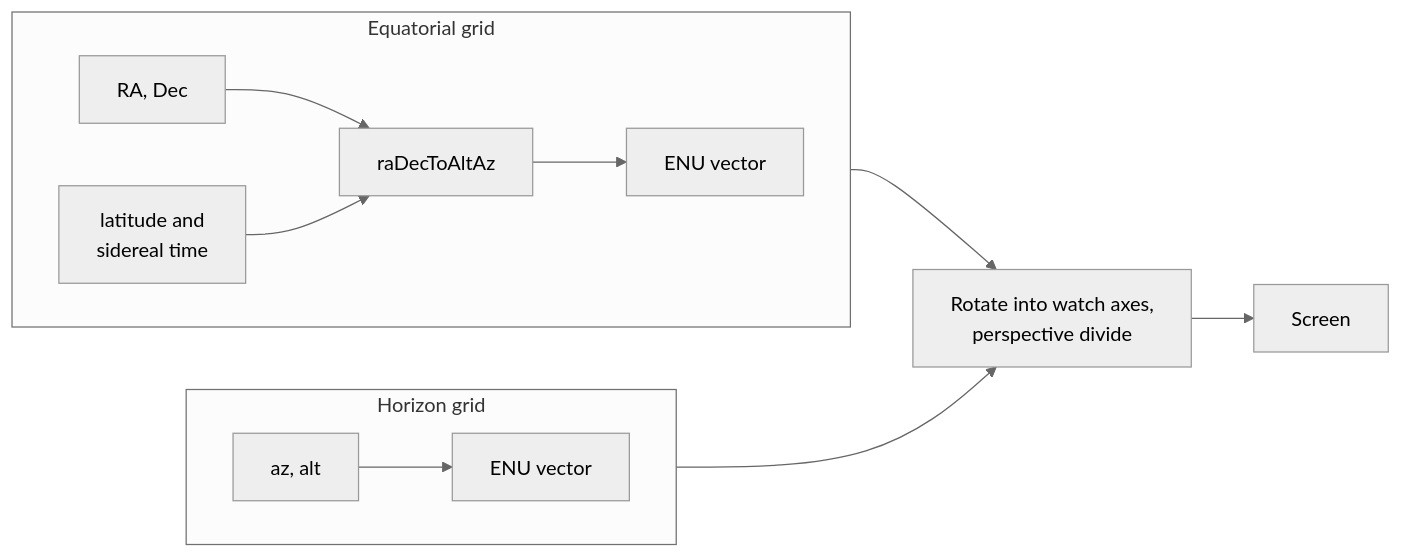
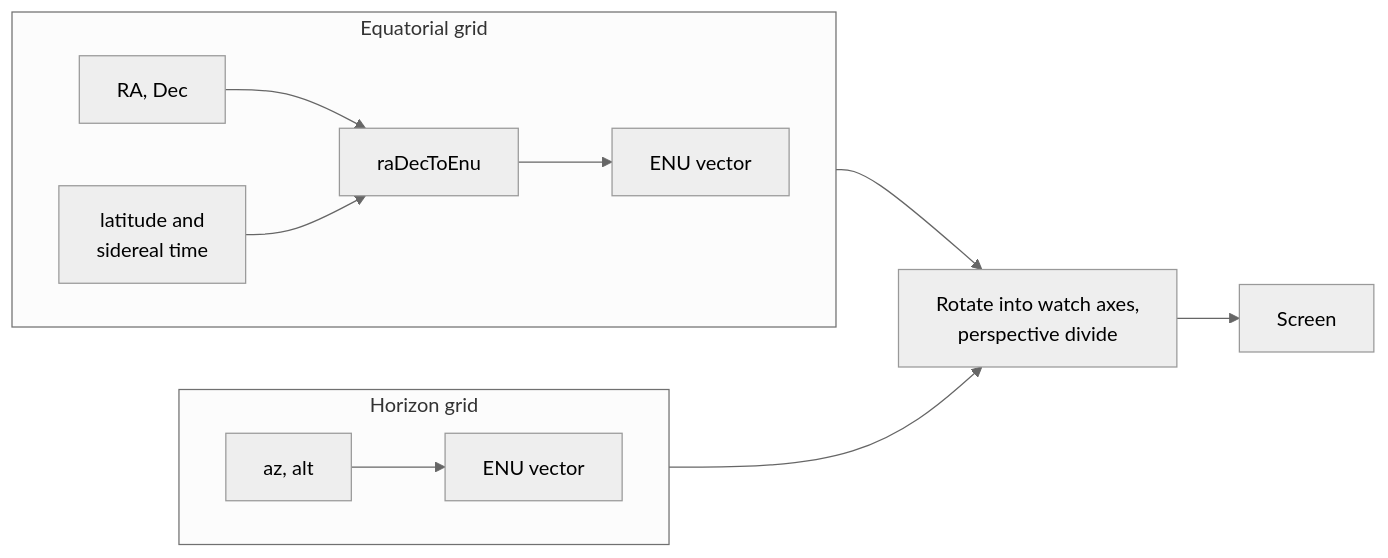
Before and after one commit to Cvar1984/Miniverse: the fourth of 5 diagrams in README.md, drawn with Mermaid (neutral theme). The commit also changed other lines of this file, not shown here.

````diff
--- a/README.md
+++ b/README.md
@@ -631,16 +621,16 @@
 ```mermaid
 flowchart LR
     subgraph H["Horizon grid"]
         direction LR
         HA["az, alt"] --> HB["ENU vector"]
     end
     subgraph E["Equatorial grid"]
         direction LR
-        EA["RA, Dec"] --> EB["raDecToAltAz"]
+        EA["RA, Dec"] --> EB["raDecToEnu"]
         LATLST["latitude and<br/>sidereal time"] --> EB
         EB --> EC["ENU vector"]
     end
     HB --> P["Rotate into watch axes,<br/>perspective divide"]
     EC --> P
     P --> SCR["Screen"]
 ```
````
